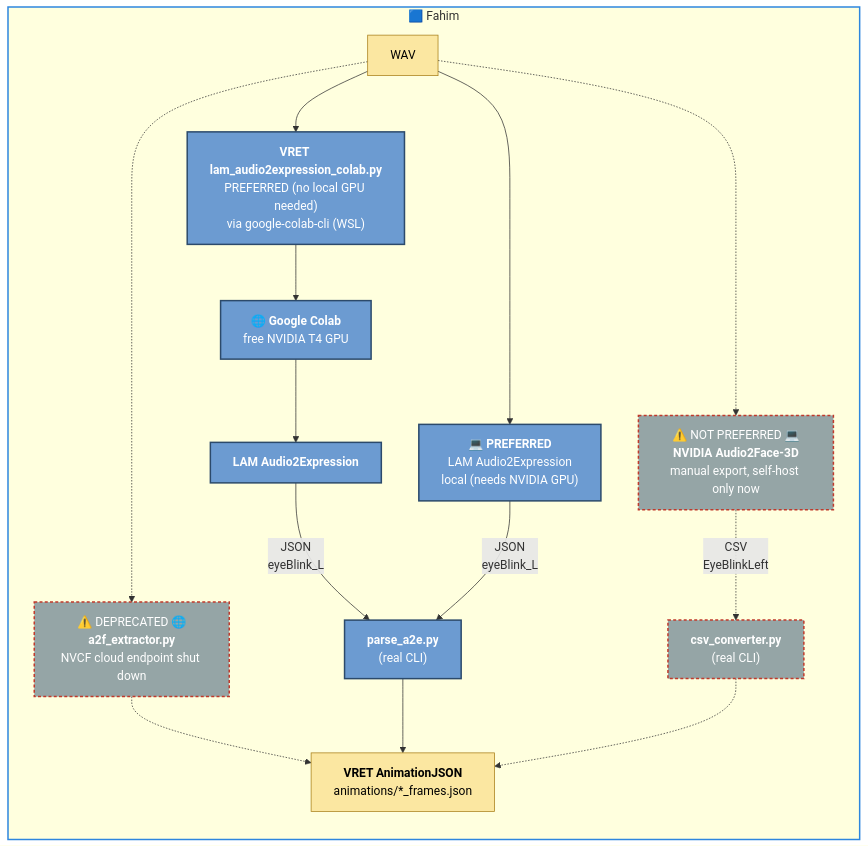
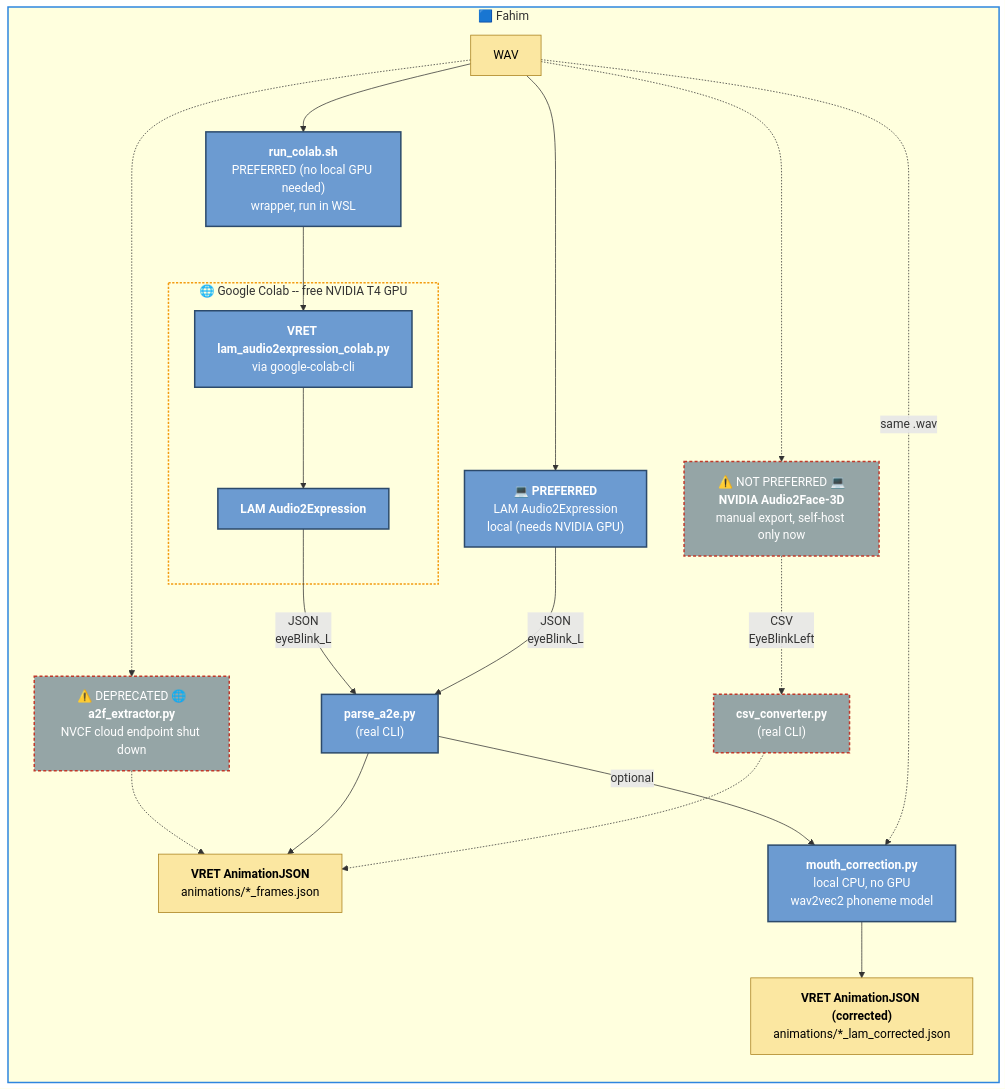
One commit to SBU-VRET/VRET-Project changed the fifth of 8 diagrams in docs/TECH_PIPELINE.md. Above: the diagram before and after it, drawn with Mermaid. The commit also changed other lines of this file and 12 other files, not shown here.

Commit message:
Add per-phoneme mouth correction for LAM output and configurable idle gaze/head sway

````diff
--- a/docs/TECH_PIPELINE.md
+++ b/docs/TECH_PIPELINE.md
@@ -169,19 +169,29 @@
 ```mermaid
 flowchart LR
     subgraph S4["🟦 Fahim"]
-    WAV --> LAMColabCLI["<b>VRET lam_audio2expression_colab.py</b><br/>PREFERRED (no local GPU needed)<br/>via google-colab-cli (WSL)"] --> GoogleColab["🌐 <b>Google Colab</b><br/>free NVIDIA T4 GPU"] --> LAMColabTool["<b>LAM Audio2Expression</b>"] -->|"JSON<br/>eyeBlink_L"| ParseA2E["<b>parse_a2e.py</b><br/>(real CLI)"]
+    WAV --> RunColabSH["<b>run_colab.sh</b><br/>PREFERRED (no local GPU needed)<br/>wrapper, run in WSL"]
+    subgraph ColabVM["🌐 Google Colab -- free NVIDIA T4 GPU"]
+    LAMColabCLI["<b>VRET lam_audio2expression_colab.py</b><br/>via google-colab-cli"] --> LAMColabTool["<b>LAM Audio2Expression</b>"]
+    end
+    RunColabSH --> LAMColabCLI
+    LAMColabTool -->|"JSON<br/>eyeBlink_L"| ParseA2E["<b>parse_a2e.py</b><br/>(real CLI)"]
     WAV --> LAMLocal["💻 <b>PREFERRED</b><br/>LAM Audio2Expression<br/>local (needs NVIDIA GPU)"] -->|"JSON<br/>eyeBlink_L"| ParseA2E
     WAV -.-> A2FDirect["⚠️ DEPRECATED 🌐<br/><b>a2f_extractor.py</b><br/>NVCF cloud endpoint shut down"] -.-> RuntimeJSON["<b>VRET AnimationJSON</b><br/>animations/*_frames.json"]
     WAV -.-> A2F["⚠️ NOT PREFERRED 💻<br/><b>NVIDIA Audio2Face-3D</b><br/>manual export, self-host only now"] -.->|"CSV<br/>EyeBlinkLeft"| CSVConv["<b>csv_converter.py</b><br/>(real CLI)"]
     ParseA2E --> RuntimeJSON
+    ParseA2E -->|"optional"| MouthCorr["<b>mouth_correction.py</b><br/>local CPU, no GPU<br/>wav2vec2 phoneme model"]
+    WAV -.->|"same .wav"| MouthCorr
+    MouthCorr --> CorrectedJSON["<b>VRET AnimationJSON (corrected)</b><br/>animations/*_lam_corrected.json"]
     CSVConv -.-> RuntimeJSON
     end
 
     style S4 stroke:#2E86DE,stroke-width:2px
+    style ColabVM stroke:#F39C12,stroke-width:2px,stroke-dasharray: 3 2
     classDef tool fill:#6c9bd1,stroke:#2c4a6b,stroke-width:2px,color:#fff;
     classDef deprecated fill:#95a5a6,stroke:#c0392b,stroke-width:2px,color:#fff,stroke-dasharray: 4 3;
     classDef artifact fill:#fbe7a1,stroke:#a87f1a,stroke-width:1px,color:#000;
-    class LAMColabCLI,GoogleColab,LAMColabTool,LAMLocal,ParseA2E tool
+    class RunColabSH,LAMColabCLI,LAMColabTool,LAMLocal,ParseA2E,MouthCorr tool
+    class CorrectedJSON artifact
     class A2F,A2FDirect,CSVConv deprecated
     class WAV,RuntimeJSON artifact
 ```
````
